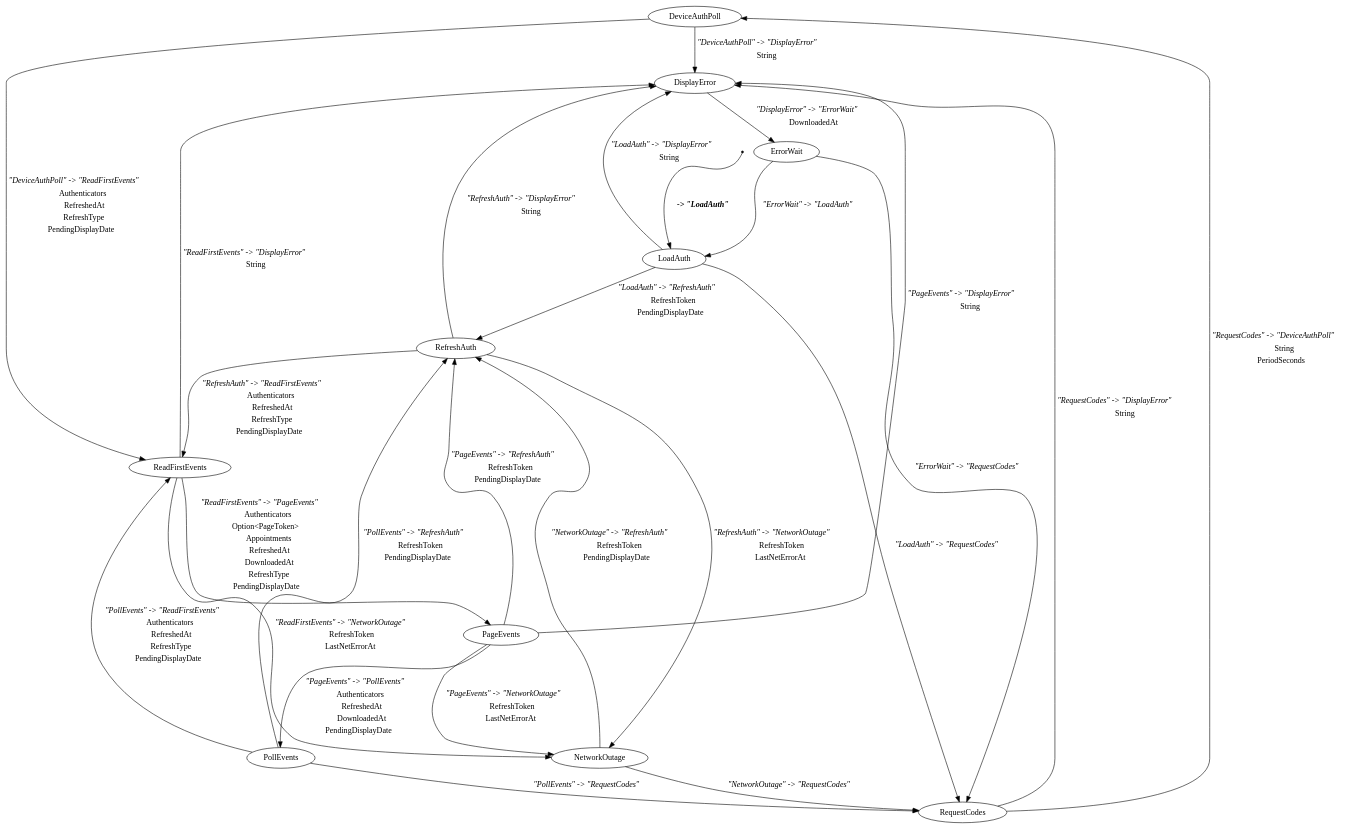
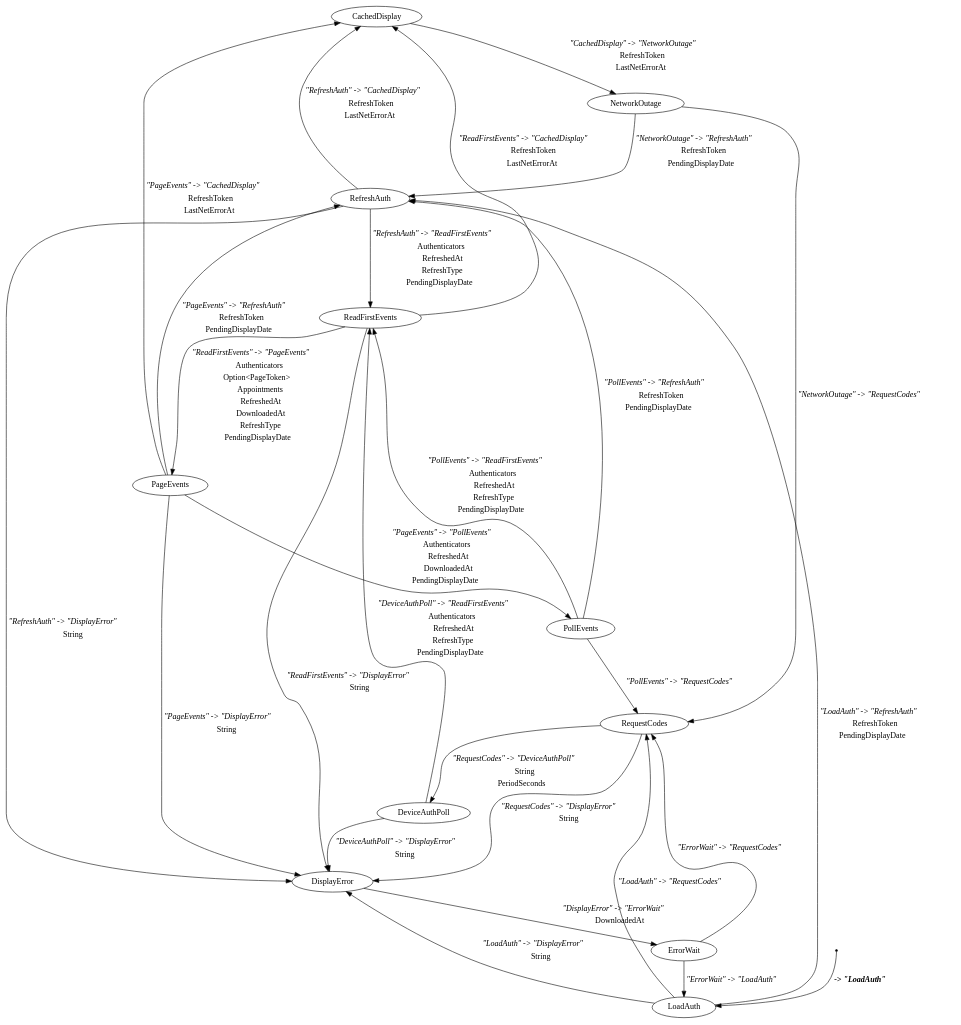
Before and after one commit to kieranjwhite/calendar_mirror: the diagram in docs/cal_machine.dot, drawn with Graphviz. The commit also changed 1 other file, not shown here.

Commit message:
added CachedDisplay state to redisplay most recently displayed day

```diff
--- a/docs/cal_machine.dot
+++ b/docs/cal_machine.dot
@@ -1,39 +1,41 @@
 digraph cal_stm {
+    CachedDisplay[label="CachedDisplay"][shape="ellipse"];
     DeviceAuthPoll[label="DeviceAuthPoll"][shape="ellipse"];
     DisplayError[label="DisplayError"][shape="ellipse"];
     ErrorWait[label="ErrorWait"][shape="ellipse"];
     LoadAuth[label="LoadAuth"][shape="ellipse"];
     NetworkOutage[label="NetworkOutage"][shape="ellipse"];
     PageEvents[label="PageEvents"][shape="ellipse"];
     PollEvents[label="PollEvents"][shape="ellipse"];
     ReadFirstEvents[label="ReadFirstEvents"][shape="ellipse"];
     RefreshAuth[label="RefreshAuth"][shape="ellipse"];
     RequestCodes[label="RequestCodes"][shape="ellipse"];
     _start[label="_start"][shape="point"];
     _start -> LoadAuth[label=<<TABLE BORDER="0"><TR><TD><B><I> -&gt; "LoadAuth"</I></B></TD></TR></TABLE>>];
     ErrorWait -> LoadAuth[label=<<TABLE BORDER="0"><TR><TD><I>"ErrorWait" -&gt; "LoadAuth"</I></TD></TR></TABLE>>];
     DisplayError -> ErrorWait[label=<<TABLE BORDER="0"><TR><TD><I>"DisplayError" -&gt; "ErrorWait"</I></TD></TR><TR><TD>DownloadedAt</TD></TR></TABLE>>];
     ErrorWait -> RequestCodes[label=<<TABLE BORDER="0"><TR><TD><I>"ErrorWait" -&gt; "RequestCodes"</I></TD></TR></TABLE>>];
     LoadAuth -> RequestCodes[label=<<TABLE BORDER="0"><TR><TD><I>"LoadAuth" -&gt; "RequestCodes"</I></TD></TR></TABLE>>];
     NetworkOutage -> RequestCodes[label=<<TABLE BORDER="0"><TR><TD><I>"NetworkOutage" -&gt; "RequestCodes"</I></TD></TR></TABLE>>];
     PollEvents -> RequestCodes[label=<<TABLE BORDER="0"><TR><TD><I>"PollEvents" -&gt; "RequestCodes"</I></TD></TR></TABLE>>];
     LoadAuth -> RefreshAuth[label=<<TABLE BORDER="0"><TR><TD><I>"LoadAuth" -&gt; "RefreshAuth"</I></TD></TR><TR><TD>RefreshToken</TD></TR><TR><TD>PendingDisplayDate</TD></TR></TABLE>>];
     NetworkOutage -> RefreshAuth[label=<<TABLE BORDER="0"><TR><TD><I>"NetworkOutage" -&gt; "RefreshAuth"</I></TD></TR><TR><TD>RefreshToken</TD></TR><TR><TD>PendingDisplayDate</TD></TR></TABLE>>];
     PageEvents -> RefreshAuth[label=<<TABLE BORDER="0"><TR><TD><I>"PageEvents" -&gt; "RefreshAuth"</I></TD></TR><TR><TD>RefreshToken</TD></TR><TR><TD>PendingDisplayDate</TD></TR></TABLE>>];
     PollEvents -> RefreshAuth[label=<<TABLE BORDER="0"><TR><TD><I>"PollEvents" -&gt; "RefreshAuth"</I></TD></TR><TR><TD>RefreshToken</TD></TR><TR><TD>PendingDisplayDate</TD></TR></TABLE>>];
     DeviceAuthPoll -> ReadFirstEvents[label=<<TABLE BORDER="0"><TR><TD><I>"DeviceAuthPoll" -&gt; "ReadFirstEvents"</I></TD></TR><TR><TD>Authenticators</TD></TR><TR><TD>RefreshedAt</TD></TR><TR><TD>RefreshType</TD></TR><TR><TD>PendingDisplayDate</TD></TR></TABLE>>];
     RefreshAuth -> ReadFirstEvents[label=<<TABLE BORDER="0"><TR><TD><I>"RefreshAuth" -&gt; "ReadFirstEvents"</I></TD></TR><TR><TD>Authenticators</TD></TR><TR><TD>RefreshedAt</TD></TR><TR><TD>RefreshType</TD></TR><TR><TD>PendingDisplayDate</TD></TR></TABLE>>];
     PollEvents -> ReadFirstEvents[label=<<TABLE BORDER="0"><TR><TD><I>"PollEvents" -&gt; "ReadFirstEvents"</I></TD></TR><TR><TD>Authenticators</TD></TR><TR><TD>RefreshedAt</TD></TR><TR><TD>RefreshType</TD></TR><TR><TD>PendingDisplayDate</TD></TR></TABLE>>];
     RequestCodes -> DeviceAuthPoll[label=<<TABLE BORDER="0"><TR><TD><I>"RequestCodes" -&gt; "DeviceAuthPoll"</I></TD></TR><TR><TD>String</TD></TR><TR><TD>PeriodSeconds</TD></TR></TABLE>>];
     LoadAuth -> DisplayError[label=<<TABLE BORDER="0"><TR><TD><I>"LoadAuth" -&gt; "DisplayError"</I></TD></TR><TR><TD>String</TD></TR></TABLE>>];
     PageEvents -> DisplayError[label=<<TABLE BORDER="0"><TR><TD><I>"PageEvents" -&gt; "DisplayError"</I></TD></TR><TR><TD>String</TD></TR></TABLE>>];
     DeviceAuthPoll -> DisplayError[label=<<TABLE BORDER="0"><TR><TD><I>"DeviceAuthPoll" -&gt; "DisplayError"</I></TD></TR><TR><TD>String</TD></TR></TABLE>>];
     ReadFirstEvents -> DisplayError[label=<<TABLE BORDER="0"><TR><TD><I>"ReadFirstEvents" -&gt; "DisplayError"</I></TD></TR><TR><TD>String</TD></TR></TABLE>>];
     RefreshAuth -> DisplayError[label=<<TABLE BORDER="0"><TR><TD><I>"RefreshAuth" -&gt; "DisplayError"</I></TD></TR><TR><TD>String</TD></TR></TABLE>>];
     RequestCodes -> DisplayError[label=<<TABLE BORDER="0"><TR><TD><I>"RequestCodes" -&gt; "DisplayError"</I></TD></TR><TR><TD>String</TD></TR></TABLE>>];
     ReadFirstEvents -> PageEvents[label=<<TABLE BORDER="0"><TR><TD><I>"ReadFirstEvents" -&gt; "PageEvents"</I></TD></TR><TR><TD>Authenticators</TD></TR><TR><TD>Option&lt;PageToken&gt;</TD></TR><TR><TD>Appointments</TD></TR><TR><TD>RefreshedAt</TD></TR><TR><TD>DownloadedAt</TD></TR><TR><TD>RefreshType</TD></TR><TR><TD>PendingDisplayDate</TD></TR></TABLE>>];
     PageEvents -> PollEvents[label=<<TABLE BORDER="0"><TR><TD><I>"PageEvents" -&gt; "PollEvents"</I></TD></TR><TR><TD>Authenticators</TD></TR><TR><TD>RefreshedAt</TD></TR><TR><TD>DownloadedAt</TD></TR><TR><TD>PendingDisplayDate</TD></TR></TABLE>>];
-    RefreshAuth -> NetworkOutage[label=<<TABLE BORDER="0"><TR><TD><I>"RefreshAuth" -&gt; "NetworkOutage"</I></TD></TR><TR><TD>RefreshToken</TD></TR><TR><TD>LastNetErrorAt</TD></TR></TABLE>>];
-    ReadFirstEvents -> NetworkOutage[label=<<TABLE BORDER="0"><TR><TD><I>"ReadFirstEvents" -&gt; "NetworkOutage"</I></TD></TR><TR><TD>RefreshToken</TD></TR><TR><TD>LastNetErrorAt</TD></TR></TABLE>>];
-    PageEvents -> NetworkOutage[label=<<TABLE BORDER="0"><TR><TD><I>"PageEvents" -&gt; "NetworkOutage"</I></TD></TR><TR><TD>RefreshToken</TD></TR><TR><TD>LastNetErrorAt</TD></TR></TABLE>>];
+    RefreshAuth -> CachedDisplay[label=<<TABLE BORDER="0"><TR><TD><I>"RefreshAuth" -&gt; "CachedDisplay"</I></TD></TR><TR><TD>RefreshToken</TD></TR><TR><TD>LastNetErrorAt</TD></TR></TABLE>>];
+    ReadFirstEvents -> CachedDisplay[label=<<TABLE BORDER="0"><TR><TD><I>"ReadFirstEvents" -&gt; "CachedDisplay"</I></TD></TR><TR><TD>RefreshToken</TD></TR><TR><TD>LastNetErrorAt</TD></TR></TABLE>>];
+    PageEvents -> CachedDisplay[label=<<TABLE BORDER="0"><TR><TD><I>"PageEvents" -&gt; "CachedDisplay"</I></TD></TR><TR><TD>RefreshToken</TD></TR><TR><TD>LastNetErrorAt</TD></TR></TABLE>>];
+    CachedDisplay -> NetworkOutage[label=<<TABLE BORDER="0"><TR><TD><I>"CachedDisplay" -&gt; "NetworkOutage"</I></TD></TR><TR><TD>RefreshToken</TD></TR><TR><TD>LastNetErrorAt</TD></TR></TABLE>>];
 }
```
